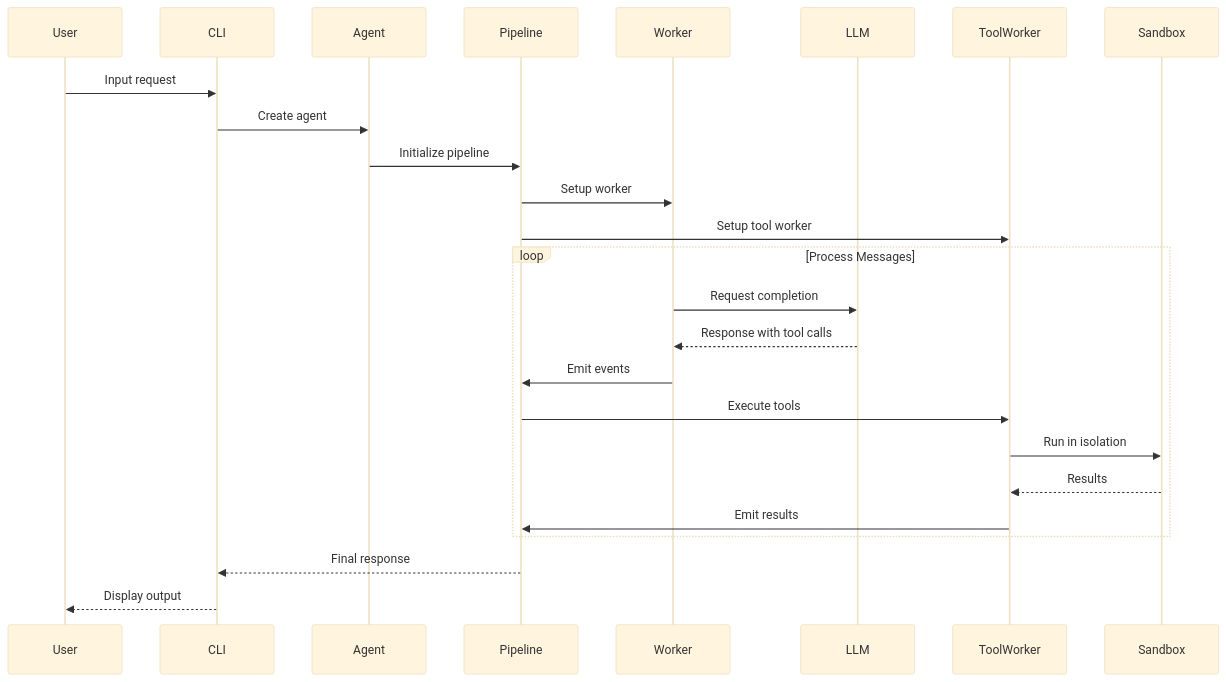
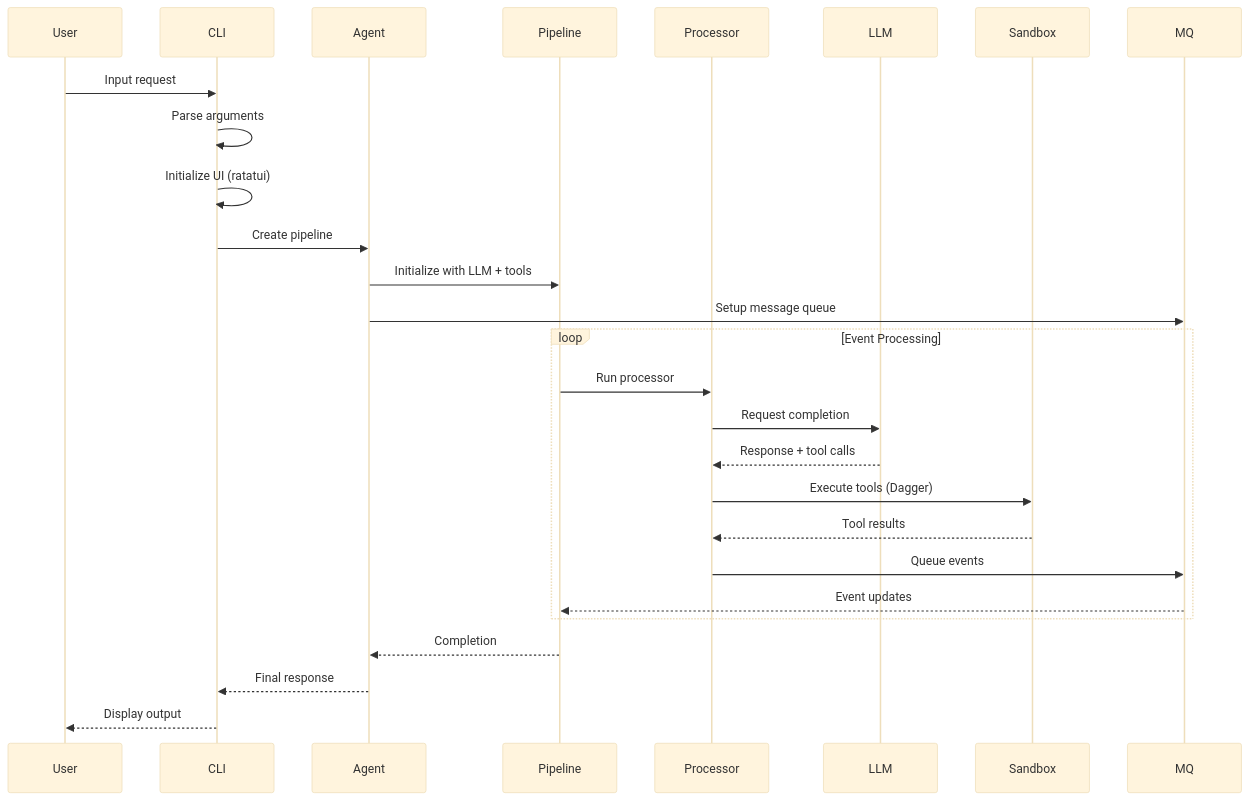
Before and after one commit to agtechnologieswork-netizen/agent: the fourth of 6 diagrams in dabgent/DESIGN.md, drawn with Mermaid (base theme). The commit also changed other lines of this file and 5 other files, not shown here.

````diff
--- a/dabgent/DESIGN.md
+++ b/dabgent/DESIGN.md
@@ -249,30 +341,32 @@
 ```mermaid
 sequenceDiagram
     participant User
     participant CLI
     participant Agent
     participant Pipeline
-    participant Worker
+    participant Processor
     participant LLM
-    participant ToolWorker
     participant Sandbox
+    participant MQ
 
     User->>CLI: Input request
-    CLI->>Agent: Create agent
-    Agent->>Pipeline: Initialize pipeline
-    Pipeline->>Worker: Setup worker
-    Pipeline->>ToolWorker: Setup tool worker
+    CLI->>CLI: Parse arguments
+    CLI->>CLI: Initialize UI (ratatui)
+    CLI->>Agent: Create pipeline
+    Agent->>Pipeline: Initialize with LLM + tools
+    Agent->>MQ: Setup message queue
 
-    loop Process Messages
-        Worker->>LLM: Request completion
-        LLM-->>Worker: Response with tool calls
-        Worker->>Pipeline: Emit events
-        Pipeline->>ToolWorker: Execute tools
-        ToolWorker->>Sandbox: Run in isolation
-        Sandbox-->>ToolWorker: Results
-        ToolWorker->>Pipeline: Emit results
+    loop Event Processing
+        Pipeline->>Processor: Run processor
+        Processor->>LLM: Request completion
+        LLM-->>Processor: Response + tool calls
+        Processor->>Sandbox: Execute tools (Dagger)
+        Sandbox-->>Processor: Tool results
+        Processor->>MQ: Queue events
+        MQ-->>Pipeline: Event updates
     end
 
-    Pipeline-->>CLI: Final response
+    Pipeline-->>Agent: Completion
+    Agent-->>CLI: Final response
     CLI-->>User: Display output
 ```
````
